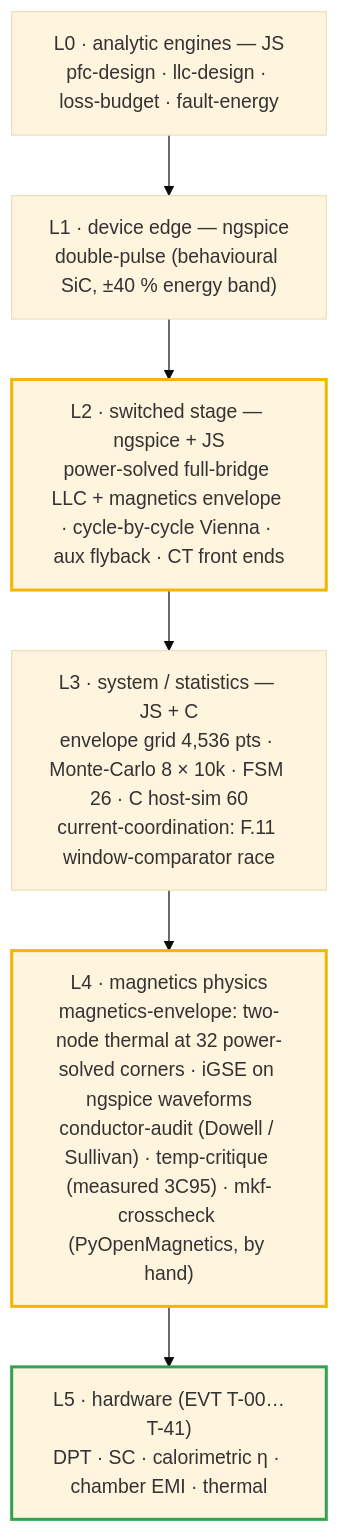
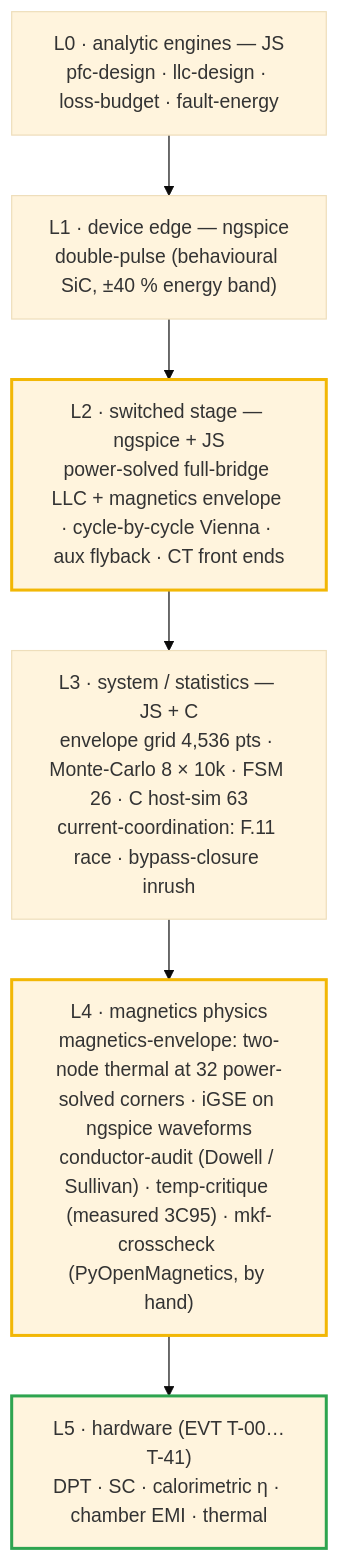
The first of 2 diagrams in docs/simulation-toolchain.md (vectivolt/DC-Modules), drawn with Mermaid (base theme) before and after one commit. The commit also changed other lines of this file and 91 other files, not shown here.

````diff
--- a/docs/simulation-toolchain.md
+++ b/docs/simulation-toolchain.md
@@ -29,13 +29,13 @@
 ```mermaid
 flowchart TB
   L5["L5 · hardware (EVT T-00…T-41)<br/>DPT · SC · calorimetric η · chamber EMI · thermal"]
   L4["L4 · magnetics physics<br/>magnetics-envelope: two-node thermal at 32 power-solved corners · iGSE on ngspice waveforms<br/>conductor-audit (Dowell / Sullivan) · temp-critique (measured 3C95) · mkf-crosscheck (PyOpenMagnetics, by hand)"]
-  L3["L3 · system / statistics — JS + C<br/>envelope grid 4,536 pts · Monte-Carlo 8 × 10k · FSM 26 · C host-sim 60<br/>current-coordination: F.11 window-comparator race"]
+  L3["L3 · system / statistics — JS + C<br/>envelope grid 4,536 pts · Monte-Carlo 8 × 10k · FSM 26 · C host-sim 63<br/>current-coordination: F.11 race · bypass-closure inrush"]
   L2["L2 · switched stage — ngspice + JS<br/>power-solved full-bridge LLC + magnetics envelope · cycle-by-cycle Vienna · aux flyback · CT front ends"]
   L1["L1 · device edge — ngspice<br/>double-pulse (behavioural SiC, ±40 % energy band)"]
   L0["L0 · analytic engines — JS<br/>pfc-design · llc-design · loss-budget · fault-energy"]
   L0 --> L1 --> L2 --> L3 --> L4 --> L5
   style L2 stroke:#f2b705,stroke-width:2.5px
   style L4 stroke:#f2b705,stroke-width:2.5px
   style L5 stroke:#2ea44f,stroke-width:2.5px
 ```
````
